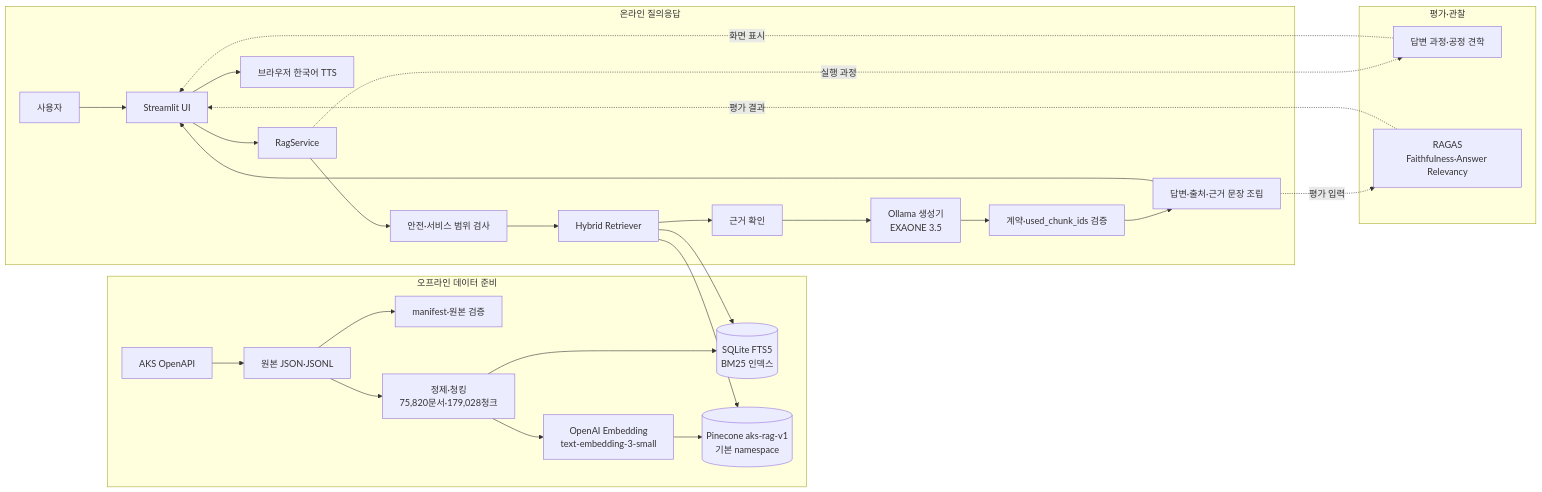
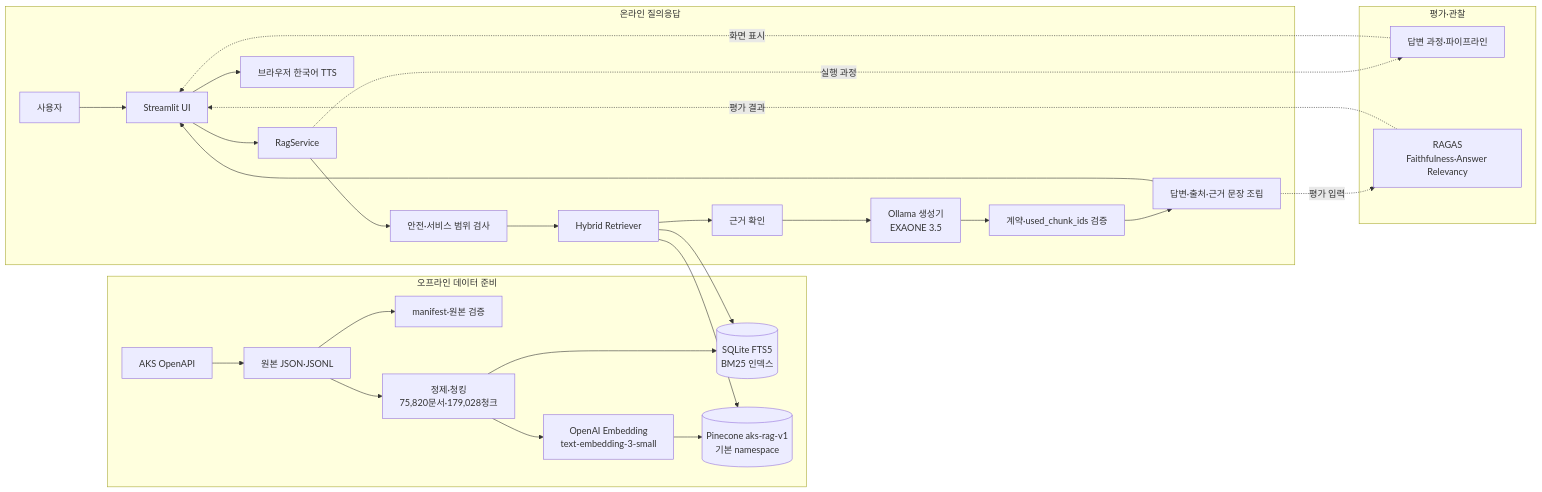
The first of 3 diagrams in docs/03_system_architecture.md (SpicyAutumn/SKN33-3rd-1Team), drawn with Mermaid before and after one commit. The commit also changed other lines of this file and 4 other files, not shown here.

````diff
--- a/docs/03_system_architecture.md
+++ b/docs/03_system_architecture.md
@@ -25,36 +25,36 @@
 ```mermaid
 flowchart LR
     subgraph Offline[오프라인 데이터 준비]
         AKS[AKS OpenAPI] --> RAW[원본 JSON·JSONL]
         RAW --> AUDIT[manifest·원본 검증]
         RAW --> CHUNK[정제·청킹<br/>75,820문서·179,028청크]
         CHUNK --> BM25[(SQLite FTS5<br/>BM25 인덱스)]
         CHUNK --> EMBED[OpenAI Embedding<br/>text-embedding-3-small]
         EMBED --> PC[(Pinecone aks-rag-v1<br/>기본 namespace)]
     end
 
     subgraph Runtime[온라인 질의응답]
         USER[사용자] --> UI[Streamlit UI]
         UI --> SERVICE[RagService]
         SERVICE --> GUARD[안전·서비스 범위 검사]
         GUARD --> RETRIEVER[Hybrid Retriever]
         RETRIEVER --> PC
         RETRIEVER --> BM25
         RETRIEVER --> GROUND[근거 확인]
         GROUND --> GEN[Ollama 생성기<br/>EXAONE 3.5]
         GEN --> VALIDATE[계약·used_chunk_ids 검증]
         VALIDATE --> CITE[답변·출처·근거 문장 조립]
         CITE --> UI
         UI --> TTS[브라우저 한국어 TTS]
     end
 
     subgraph Evaluation[평가·관찰]
-        TRACE[답변 과정·공정 견학]
+        TRACE[답변 과정·파이프라인]
         RAGAS[RAGAS<br/>Faithfulness·Answer Relevancy]
     end
 
     SERVICE -. 실행 과정 .-> TRACE
     CITE -. 평가 입력 .-> RAGAS
     TRACE -. 화면 표시 .-> UI
     RAGAS -. 평가 결과 .-> UI
 ```
````
